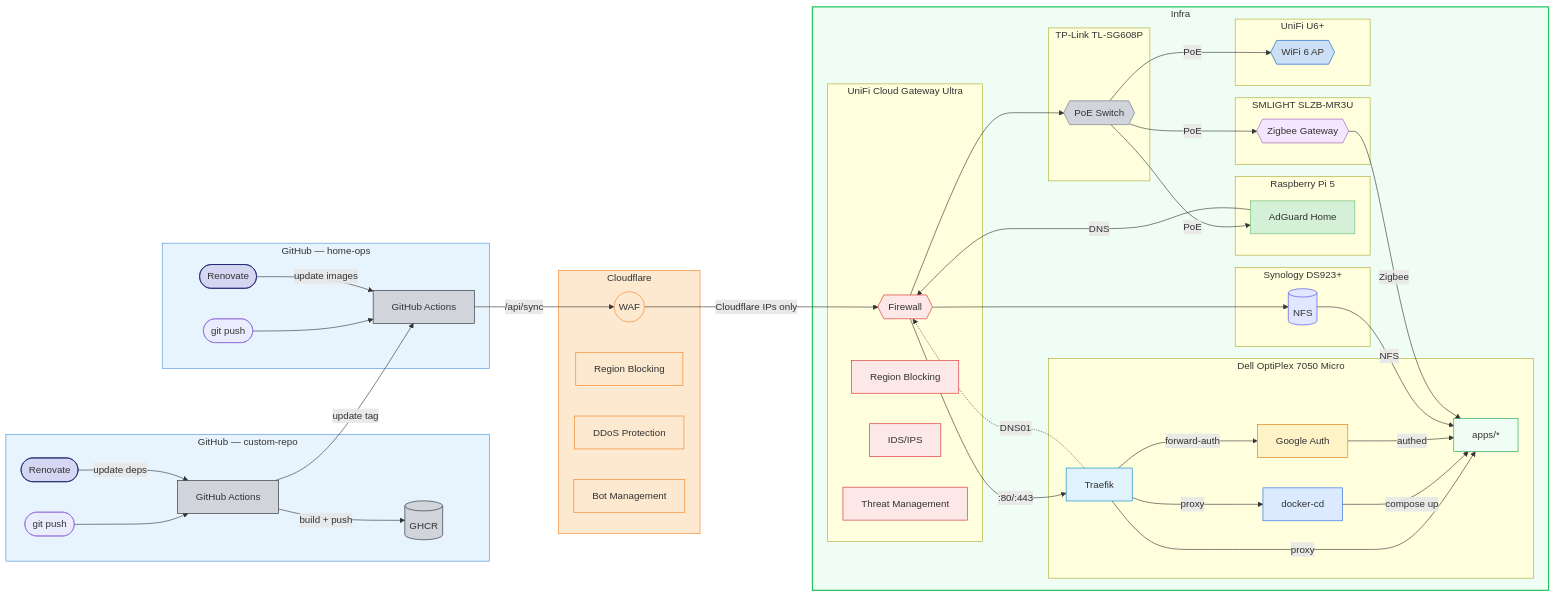
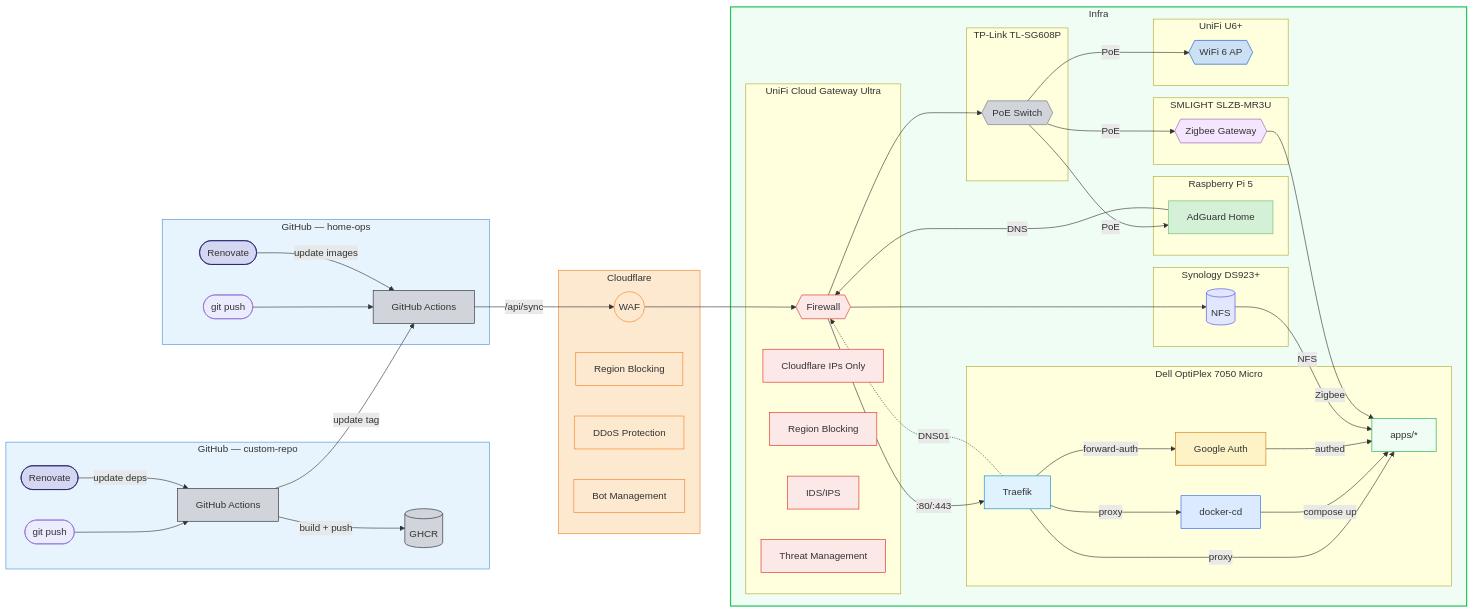
One commit to wajeht/home-ops changed the diagram in README.md. Above: the diagram before and after it, drawn with Mermaid.

Commit message:
docs: clarify firewall rules to reflect actual configuration

```diff
--- a/README.md
+++ b/README.md
@@ -33,7 +33,7 @@
     ci -->|update tag| ops_ci
     ops_push --> ops_ci
     ops_renovate -->|update images| ops_ci
-    ops_ci -->|/api/sync| cf -->|Cloudflare IPs only| unifi -->|:80/:443| traefik -->|proxy| apps
+    ops_ci -->|/api/sync| cf --> unifi -->|:80/:443| traefik -->|proxy| apps
 
     subgraph cloudflare[Cloudflare]
         cf((WAF))
@@ -55,6 +55,7 @@
 
         subgraph ucg[UniFi Cloud Gateway Ultra]
             unifi{{Firewall}}
+            ucg_cf[Cloudflare IPs Only]
             ucg_region[Region Blocking]
             ucg_ids[IDS/IPS]
             ucg_threat[Threat Management]
@@ -96,6 +97,7 @@
     style cf_region fill:#fde8d0,stroke:#f6821f,color:#333
     style cf_ddos fill:#fde8d0,stroke:#f6821f,color:#333
     style cf_bot fill:#fde8d0,stroke:#f6821f,color:#333
+    style ucg_cf fill:#fde8e8,stroke:#dc2626,color:#333
     style ucg_region fill:#fde8e8,stroke:#dc2626,color:#333
     style ucg_ids fill:#fde8e8,stroke:#dc2626,color:#333
     style ucg_threat fill:#fde8e8,stroke:#dc2626,color:#333
```
